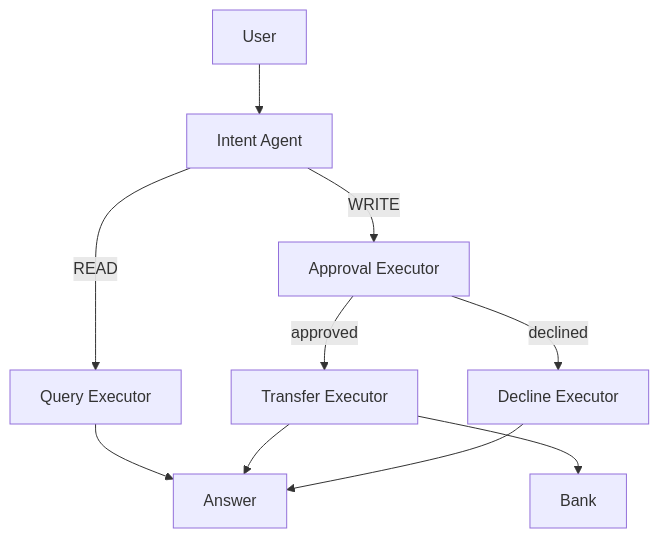
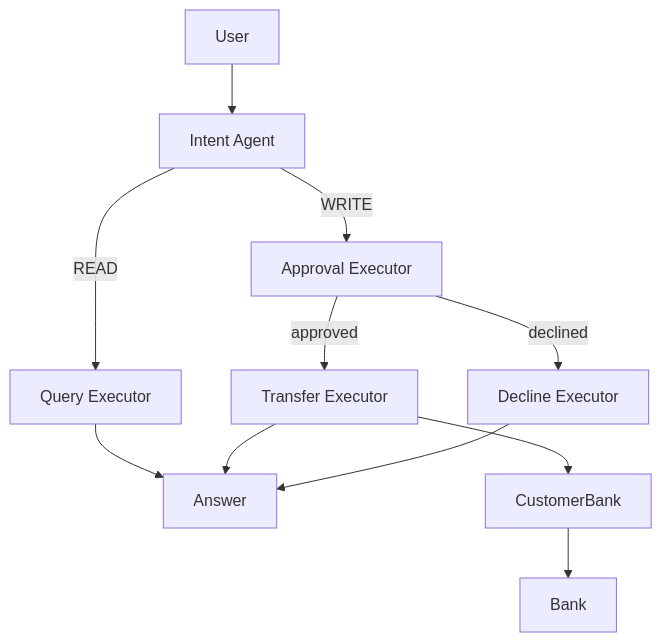
One commit to 0x1D-1983/minibank-ai-net changed the diagram in README.md. Above: the diagram before and after it, drawn with Mermaid. The commit also changed other lines of this file and 20 other files, not shown here.

````diff
--- a/README.md
+++ b/README.md
@@ -141,12 +160,13 @@
 ```mermaid
 flowchart TD
     user[User] --> intent[Intent Agent]
     intent -->|READ| query[Query Executor]
     intent -->|WRITE| approval[Approval Executor]
     query --> answer[Answer]
     approval -->|approved| transfer[Transfer Executor]
     approval -->|declined| decline[Decline Executor]
-    transfer --> bank[Bank]
+    transfer --> customerBank[CustomerBank]
+    customerBank --> bank[Bank]
     transfer --> answer
     decline --> answer
 ```
````
